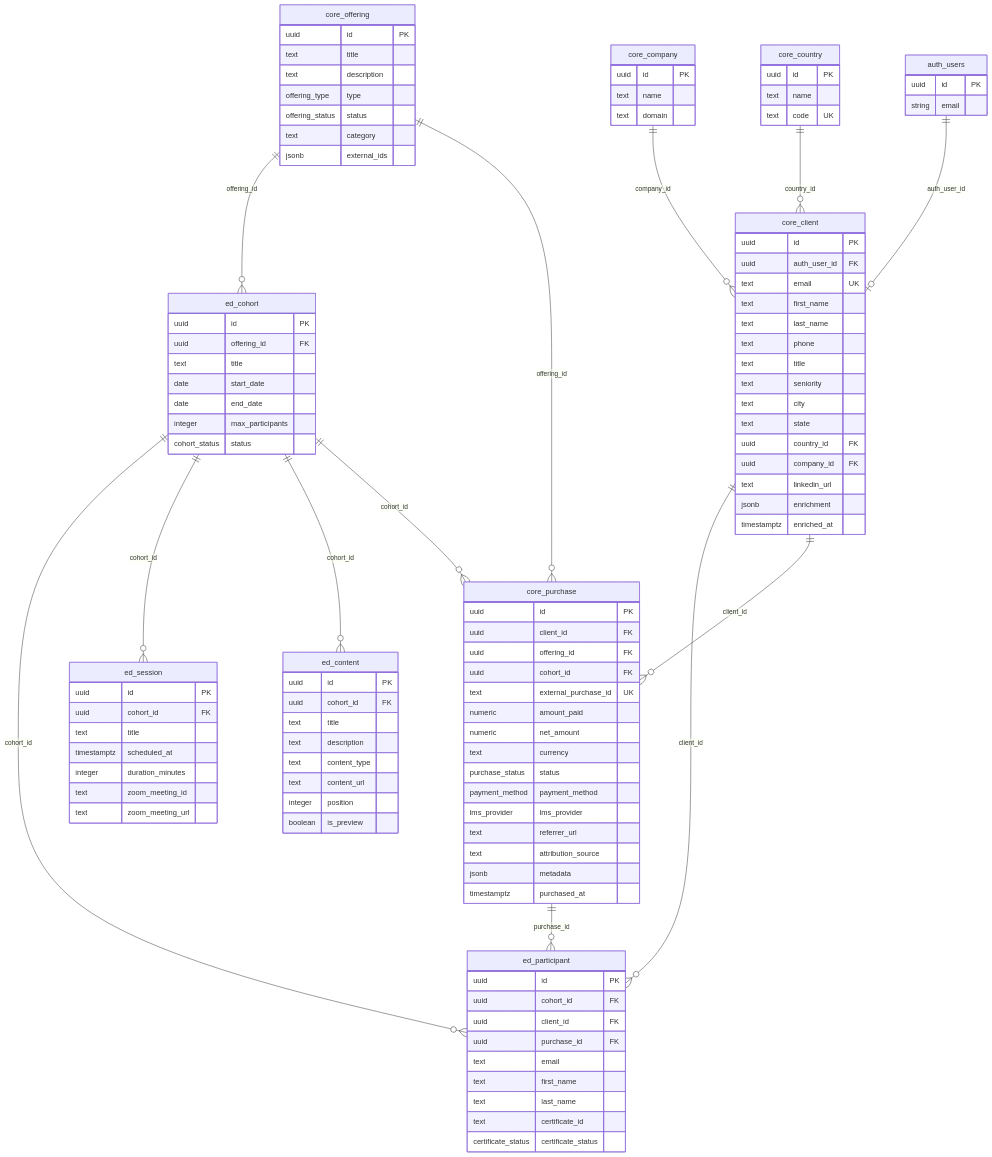
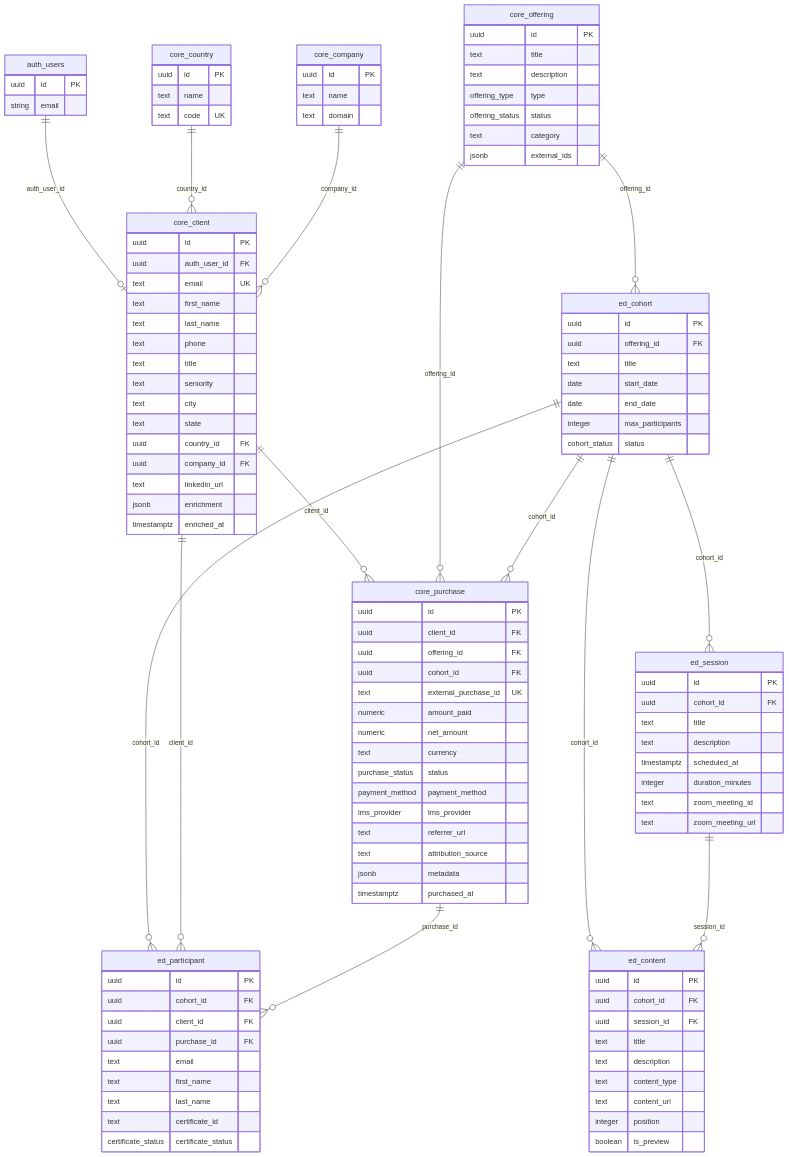
Before and after one commit to ArkandiaLabs/campus: the diagram in database/docs/data-model.md, drawn with Mermaid. The commit also changed other lines of this file and 10 other files, not shown here.

```diff
--- a/database/docs/data-model.md
+++ b/database/docs/data-model.md
@@ -12,6 +12,7 @@
     core_offering ||--o{ ed_cohort : "offering_id"
     ed_cohort ||--o{ core_purchase : "cohort_id"
     ed_cohort ||--o{ ed_content : "cohort_id"
+    ed_session ||--o{ ed_content : "session_id"
     ed_cohort ||--o{ ed_session : "cohort_id"
     ed_cohort ||--o{ ed_participant : "cohort_id"
     core_client ||--o{ ed_participant : "client_id"
@@ -93,6 +94,7 @@
     ed_content {
         uuid id PK
         uuid cohort_id FK
+        uuid session_id FK
         text title
         text description
         text content_type
@@ -105,6 +107,7 @@
         uuid id PK
         uuid cohort_id FK
         text title
+        text description
         timestamptz scheduled_at
         integer duration_minutes
         text zoom_meeting_id
```
